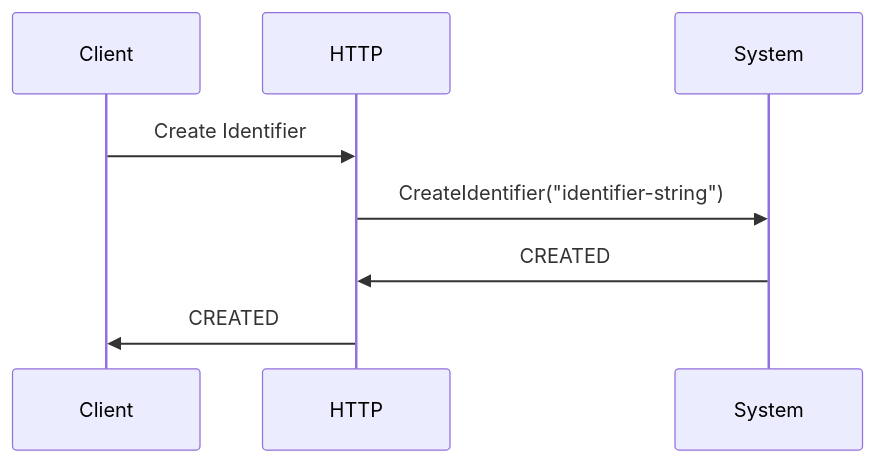
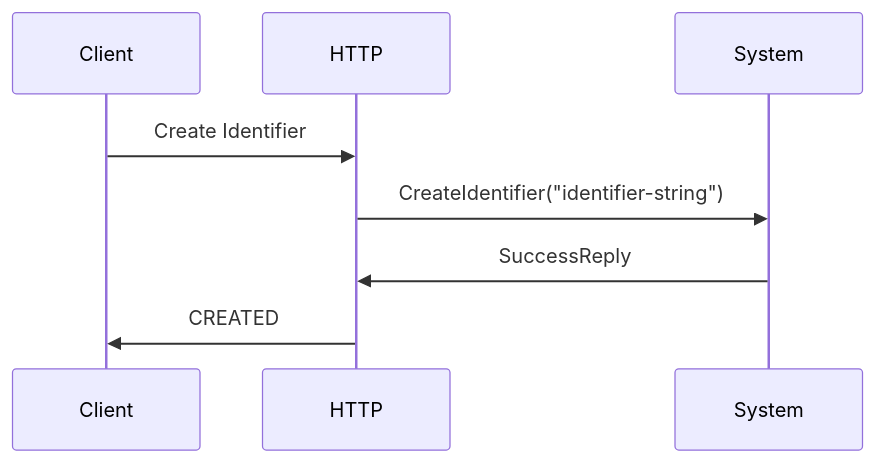
Before and after one commit to zkrami/notification-system-akka: the first of 3 diagrams in README.md, drawn with Mermaid. The commit also changed other lines of this file, not shown here.

````diff
--- a/README.md
+++ b/README.md
@@ -4,7 +4,7 @@
 ```mermaid
 sequenceDiagram
     Client->>HTTP: Create Identifier 
     HTTP->>System: CreateIdentifier("identifier-string")
-    System->>HTTP: CREATED
+    System->>HTTP: SuccessReply
     HTTP->>Client: CREATED
  ```
````
